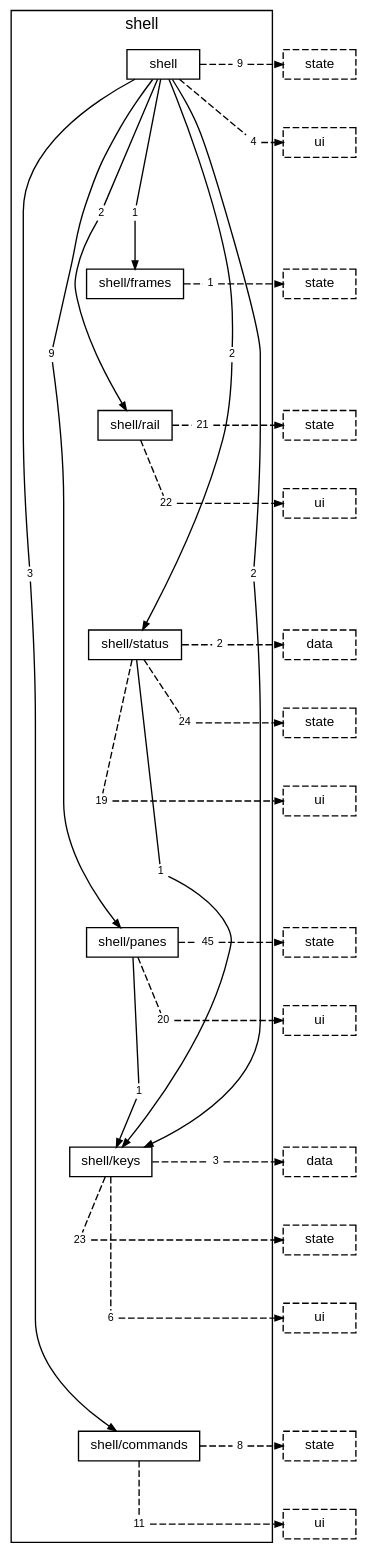
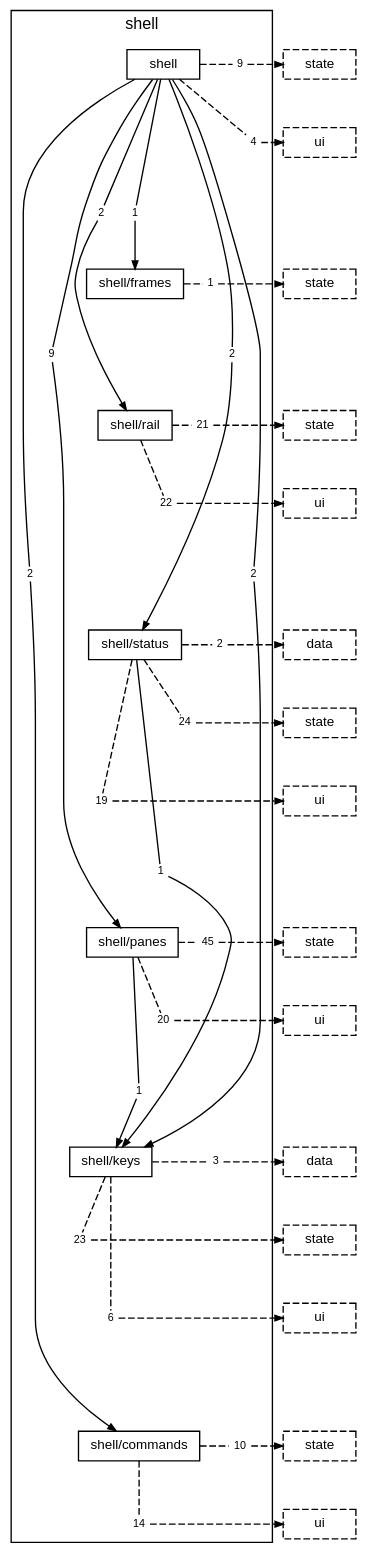
Before and after one commit to TheAxeC/oculus: the diagram in docs/diagrams/layer-shell.dot, drawn with Graphviz. The commit also changed 115 other files, not shown here.

```diff
--- a/docs/diagrams/layer-shell.dot
+++ b/docs/diagrams/layer-shell.dot
@@ -1,120 +1,120 @@
 digraph layer_shell {
     graph [bgcolor="transparent", rankdir=TB, newrank=true, mclimit=4, fontname="Helvetica,Arial,sans-serif", fontsize=12, nodesep=0.2, ranksep=0.5];
     node [shape=box, color="black", fontcolor="black", fontname="Helvetica,Arial,sans-serif", fontsize=10, height=0.3, margin="0.12,0.04"];
     edge [color="black", fontcolor="black", fontname="Helvetica,Arial,sans-serif", fontsize=8, arrowsize=0.6];
     subgraph "cluster_shell" {
         label="shell"; style=solid;
         "folder shell" [label="shell"];
         "folder shell/frames" [label="shell/frames"];
         "folder shell/rail" [label="shell/rail"];
         "folder shell/status" [label="shell/status"];
         "folder shell/panes" [label="shell/panes"];
         "folder shell/keys" [label="shell/keys"];
         "folder shell/commands" [label="shell/commands"];
-        "folder shell to folder shell/commands" [label="3", shape=box, color="transparent", fontsize=8, width=0, height=0, margin="0.04,0.02"];
+        "folder shell to folder shell/commands" [label="2", shape=box, color="transparent", fontsize=8, width=0, height=0, margin="0.04,0.02"];
         "folder shell to folder shell/frames" [label="1", shape=box, color="transparent", fontsize=8, width=0, height=0, margin="0.04,0.02"];
         "folder shell to folder shell/keys" [label="2", shape=box, color="transparent", fontsize=8, width=0, height=0, margin="0.04,0.02"];
         "folder shell to folder shell/panes" [label="9", shape=box, color="transparent", fontsize=8, width=0, height=0, margin="0.04,0.02"];
         "folder shell to folder shell/rail" [label="2", shape=box, color="transparent", fontsize=8, width=0, height=0, margin="0.04,0.02"];
         "folder shell to folder shell/status" [label="2", shape=box, color="transparent", fontsize=8, width=0, height=0, margin="0.04,0.02"];
         "folder shell to layer state" [label="9", shape=box, color="transparent", fontsize=8, width=0, height=0, margin="0.04,0.02"];
         "folder shell to layer ui" [label="4", shape=box, color="transparent", fontsize=8, width=0, height=0, margin="0.04,0.02"];
         "folder shell/frames to layer state" [label="1", shape=box, color="transparent", fontsize=8, width=0, height=0, margin="0.04,0.02"];
         "folder shell/rail to layer state" [label="21", shape=box, color="transparent", fontsize=8, width=0, height=0, margin="0.04,0.02"];
         "folder shell/rail to layer ui" [label="22", shape=box, color="transparent", fontsize=8, width=0, height=0, margin="0.04,0.02"];
         "folder shell/status to folder shell/keys" [label="1", shape=box, color="transparent", fontsize=8, width=0, height=0, margin="0.04,0.02"];
         "folder shell/status to layer data" [label="2", shape=box, color="transparent", fontsize=8, width=0, height=0, margin="0.04,0.02"];
         "folder shell/status to layer state" [label="24", shape=box, color="transparent", fontsize=8, width=0, height=0, margin="0.04,0.02"];
         "folder shell/status to layer ui" [label="19", shape=box, color="transparent", fontsize=8, width=0, height=0, margin="0.04,0.02"];
         "folder shell/panes to folder shell/keys" [label="1", shape=box, color="transparent", fontsize=8, width=0, height=0, margin="0.04,0.02"];
         "folder shell/panes to layer state" [label="45", shape=box, color="transparent", fontsize=8, width=0, height=0, margin="0.04,0.02"];
         "folder shell/panes to layer ui" [label="20", shape=box, color="transparent", fontsize=8, width=0, height=0, margin="0.04,0.02"];
         "folder shell/keys to layer data" [label="3", shape=box, color="transparent", fontsize=8, width=0, height=0, margin="0.04,0.02"];
         "folder shell/keys to layer state" [label="23", shape=box, color="transparent", fontsize=8, width=0, height=0, margin="0.04,0.02"];
         "folder shell/keys to layer ui" [label="6", shape=box, color="transparent", fontsize=8, width=0, height=0, margin="0.04,0.02"];
-        "folder shell/commands to layer state" [label="8", shape=box, color="transparent", fontsize=8, width=0, height=0, margin="0.04,0.02"];
-        "folder shell/commands to layer ui" [label="11", shape=box, color="transparent", fontsize=8, width=0, height=0, margin="0.04,0.02"];
+        "folder shell/commands to layer state" [label="10", shape=box, color="transparent", fontsize=8, width=0, height=0, margin="0.04,0.02"];
+        "folder shell/commands to layer ui" [label="14", shape=box, color="transparent", fontsize=8, width=0, height=0, margin="0.04,0.02"];
     }
     "layer state from folder shell" [label="state", style=dashed];
     "layer ui from folder shell" [label="ui", style=dashed];
     "layer state from folder shell/frames" [label="state", style=dashed];
     "layer state from folder shell/rail" [label="state", style=dashed];
     "layer ui from folder shell/rail" [label="ui", style=dashed];
     "layer data from folder shell/status" [label="data", style=dashed];
     "layer state from folder shell/status" [label="state", style=dashed];
     "layer ui from folder shell/status" [label="ui", style=dashed];
     "layer state from folder shell/panes" [label="state", style=dashed];
     "layer ui from folder shell/panes" [label="ui", style=dashed];
     "layer data from folder shell/keys" [label="data", style=dashed];
     "layer state from folder shell/keys" [label="state", style=dashed];
     "layer ui from folder shell/keys" [label="ui", style=dashed];
     "layer state from folder shell/commands" [label="state", style=dashed];
     "layer ui from folder shell/commands" [label="ui", style=dashed];
     "folder shell" -> "folder shell/frames" [style=invis, weight=10, minlen=3];
     "folder shell/frames" -> "folder shell/rail" [style=invis, weight=10, minlen=2];
     "folder shell/rail" -> "folder shell/status" [style=invis, weight=10, minlen=3];
     "folder shell/status" -> "folder shell/panes" [style=invis, weight=10, minlen=4];
     "folder shell/panes" -> "folder shell/keys" [style=invis, weight=10, minlen=3];
     "folder shell/keys" -> "folder shell/commands" [style=invis, weight=10, minlen=4];
     "folder shell" -> "folder shell to folder shell/commands" [arrowhead=none, minlen=7, weight=10];
     "folder shell to folder shell/commands" -> "folder shell/commands" [];
     "folder shell" -> "folder shell to folder shell/frames" [arrowhead=none, minlen=2, weight=10];
     "folder shell to folder shell/frames" -> "folder shell/frames" [];
     "folder shell" -> "folder shell to folder shell/keys" [arrowhead=none, minlen=7, weight=10];
     "folder shell to folder shell/keys" -> "folder shell/keys" [];
     "folder shell" -> "folder shell to folder shell/panes" [arrowhead=none, minlen=4, weight=10];
     "folder shell to folder shell/panes" -> "folder shell/panes" [];
     "folder shell" -> "folder shell to folder shell/rail" [arrowhead=none, minlen=2, weight=10];
     "folder shell to folder shell/rail" -> "folder shell/rail" [];
     "folder shell" -> "folder shell to folder shell/status" [arrowhead=none, minlen=4, weight=10];
     "folder shell to folder shell/status" -> "folder shell/status" [];
     "folder shell" -> "folder shell to layer state" [arrowhead=none, style=dashed];
     "folder shell to layer state" -> "layer state from folder shell" [style=dashed];
     { rank=same; "folder shell"; "folder shell to layer state"; "layer state from folder shell"; }
     "folder shell" -> "folder shell to layer ui" [arrowhead=none, style=dashed, minlen=1, weight=10];
     "folder shell to layer ui" -> "layer ui from folder shell" [style=dashed];
     { rank=same; "folder shell to layer ui"; "layer ui from folder shell"; }
     "folder shell/frames" -> "folder shell/frames to layer state" [arrowhead=none, style=dashed];
     "folder shell/frames to layer state" -> "layer state from folder shell/frames" [style=dashed];
     { rank=same; "folder shell/frames"; "folder shell/frames to layer state"; "layer state from folder shell/frames"; }
     "folder shell/rail" -> "folder shell/rail to layer state" [arrowhead=none, style=dashed];
     "folder shell/rail to layer state" -> "layer state from folder shell/rail" [style=dashed];
     { rank=same; "folder shell/rail"; "folder shell/rail to layer state"; "layer state from folder shell/rail"; }
     "folder shell/rail" -> "folder shell/rail to layer ui" [arrowhead=none, style=dashed, minlen=1, weight=10];
     "folder shell/rail to layer ui" -> "layer ui from folder shell/rail" [style=dashed];
     { rank=same; "folder shell/rail to layer ui"; "layer ui from folder shell/rail"; }
     "folder shell/status" -> "folder shell/status to folder shell/keys" [arrowhead=none, minlen=3, weight=10];
     "folder shell/status to folder shell/keys" -> "folder shell/keys" [];
     "folder shell/status" -> "folder shell/status to layer data" [arrowhead=none, style=dashed];
     "folder shell/status to layer data" -> "layer data from folder shell/status" [style=dashed];
     { rank=same; "folder shell/status"; "folder shell/status to layer data"; "layer data from folder shell/status"; }
     "folder shell/status" -> "folder shell/status to layer state" [arrowhead=none, style=dashed, minlen=1, weight=10];
     "folder shell/status to layer state" -> "layer state from folder shell/status" [style=dashed];
     { rank=same; "folder shell/status to layer state"; "layer state from folder shell/status"; }
     "folder shell/status" -> "folder shell/status to layer ui" [arrowhead=none, style=dashed, minlen=2, weight=10];
     "folder shell/status to layer ui" -> "layer ui from folder shell/status" [style=dashed];
     { rank=same; "folder shell/status to layer ui"; "layer ui from folder shell/status"; }
     "folder shell/panes" -> "folder shell/panes to folder shell/keys" [arrowhead=none, minlen=2, weight=10];
     "folder shell/panes to folder shell/keys" -> "folder shell/keys" [];
     "folder shell/panes" -> "folder shell/panes to layer state" [arrowhead=none, style=dashed];
     "folder shell/panes to layer state" -> "layer state from folder shell/panes" [style=dashed];
     { rank=same; "folder shell/panes"; "folder shell/panes to layer state"; "layer state from folder shell/panes"; }
     "folder shell/panes" -> "folder shell/panes to layer ui" [arrowhead=none, style=dashed, minlen=1, weight=10];
     "folder shell/panes to layer ui" -> "layer ui from folder shell/panes" [style=dashed];
     { rank=same; "folder shell/panes to layer ui"; "layer ui from folder shell/panes"; }
     "folder shell/keys" -> "folder shell/keys to layer data" [arrowhead=none, style=dashed];
     "folder shell/keys to layer data" -> "layer data from folder shell/keys" [style=dashed];
     { rank=same; "folder shell/keys"; "folder shell/keys to layer data"; "layer data from folder shell/keys"; }
     "folder shell/keys" -> "folder shell/keys to layer state" [arrowhead=none, style=dashed, minlen=1, weight=10];
     "folder shell/keys to layer state" -> "layer state from folder shell/keys" [style=dashed];
     { rank=same; "folder shell/keys to layer state"; "layer state from folder shell/keys"; }
     "folder shell/keys" -> "folder shell/keys to layer ui" [arrowhead=none, style=dashed, minlen=2, weight=10];
     "folder shell/keys to layer ui" -> "layer ui from folder shell/keys" [style=dashed];
     { rank=same; "folder shell/keys to layer ui"; "layer ui from folder shell/keys"; }
     "folder shell/commands" -> "folder shell/commands to layer state" [arrowhead=none, style=dashed];
     "folder shell/commands to layer state" -> "layer state from folder shell/commands" [style=dashed];
     { rank=same; "folder shell/commands"; "folder shell/commands to layer state"; "layer state from folder shell/commands"; }
     "folder shell/commands" -> "folder shell/commands to layer ui" [arrowhead=none, style=dashed, minlen=1, weight=10];
     "folder shell/commands to layer ui" -> "layer ui from folder shell/commands" [style=dashed];
     { rank=same; "folder shell/commands to layer ui"; "layer ui from folder shell/commands"; }
 }
```
